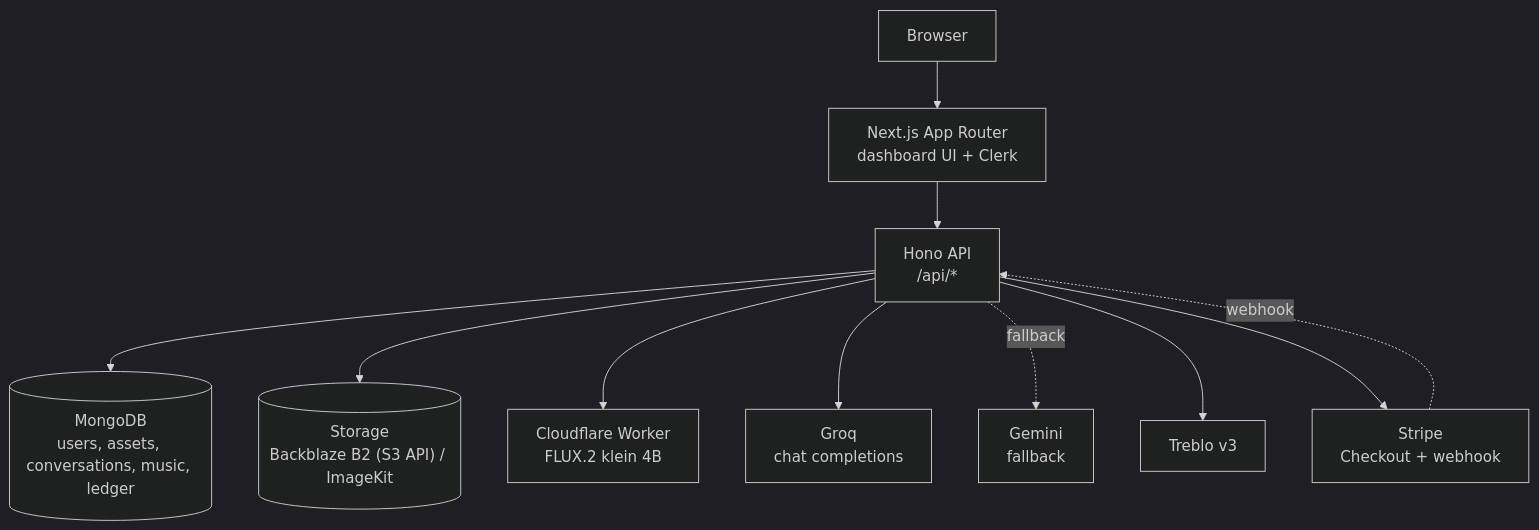
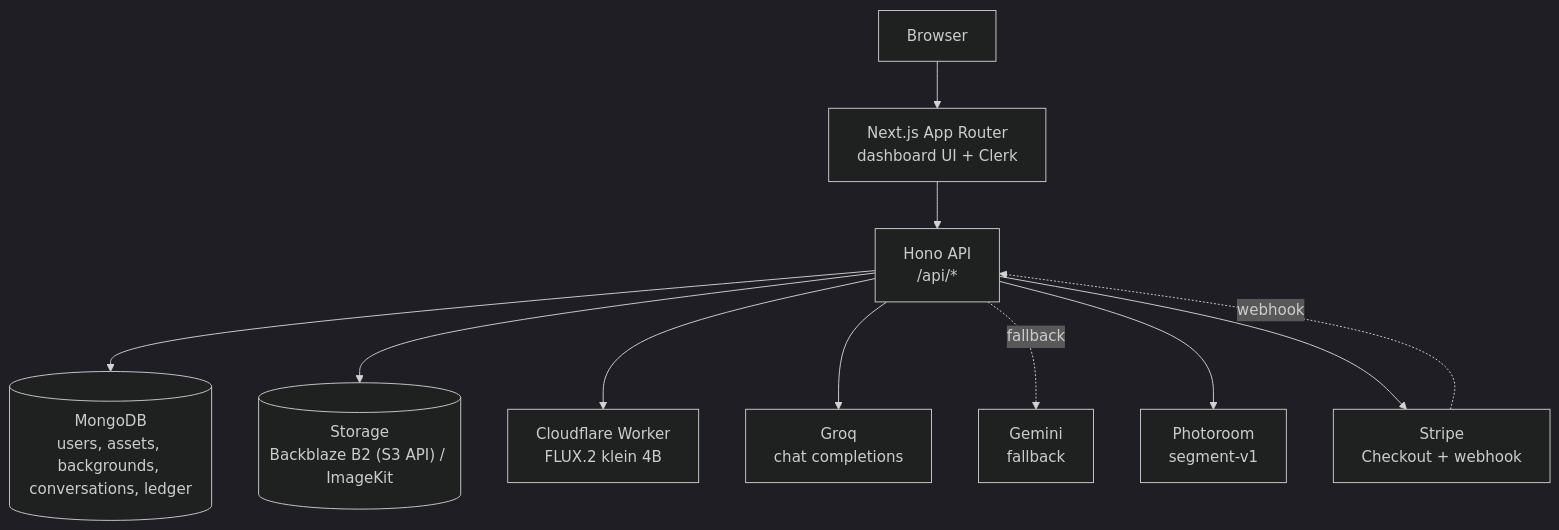
One commit to ni3420/vision changed the diagram in README.md. Above: the diagram before and after it, drawn with Mermaid (dark theme). The commit also changed other lines of this file and 48 other files, not shown here.

````diff
--- a/README.md
+++ b/README.md
@@ -32,24 +32,24 @@
 ```mermaid
 flowchart TD
     User["Browser"]
     Next["Next.js App Router<br/>dashboard UI + Clerk"]
     API["Hono API<br/>/api/*"]
-    DB[("MongoDB<br/>users, assets, conversations, music, ledger")]
+    DB[("MongoDB<br/>users, assets, backgrounds, conversations, ledger")]
     Store[("Storage<br/>Backblaze B2 (S3 API) / ImageKit")]
     CF["Cloudflare Worker<br/>FLUX.2 klein 4B"]
     Groq["Groq<br/>chat completions"]
     Gemini["Gemini<br/>fallback"]
-    Treblo["Treblo v3"]
+    Photoroom["Photoroom<br/>segment-v1"]
     Stripe["Stripe<br/>Checkout + webhook"]
 
     User --> Next
     Next --> API
     API --> DB
     API --> Store
     API --> CF
     API --> Groq
     API -. fallback .-> Gemini
-    API --> Treblo
+    API --> Photoroom
     API --> Stripe
     Stripe -. webhook .-> API
 ```
````
